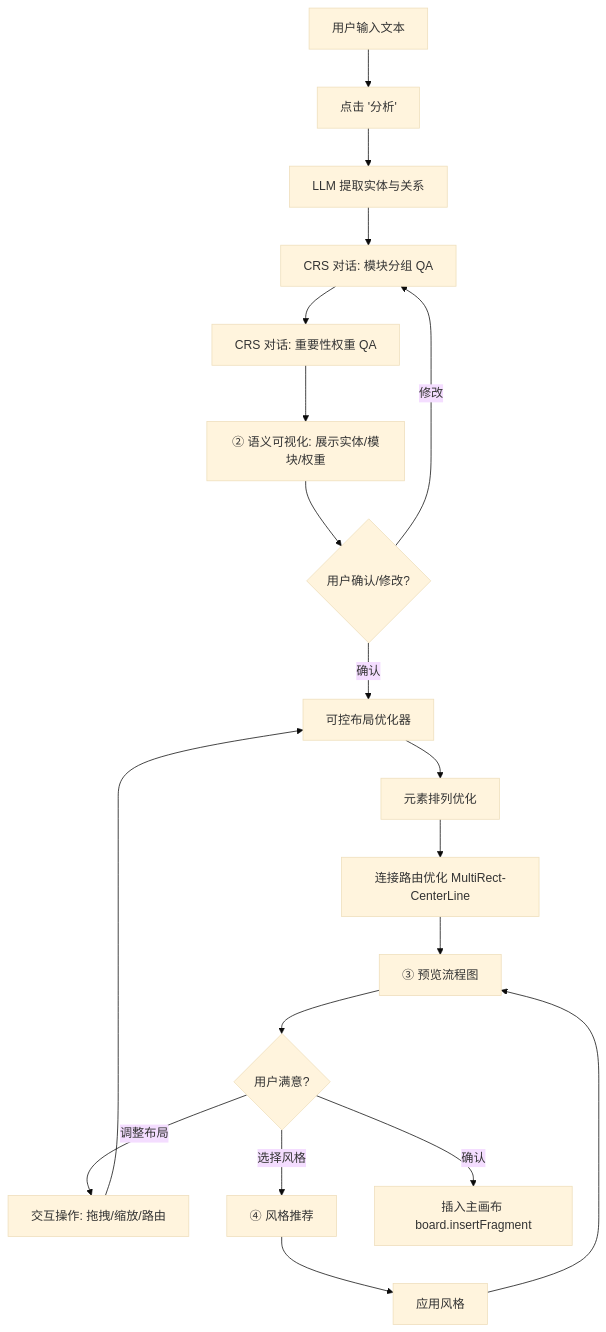
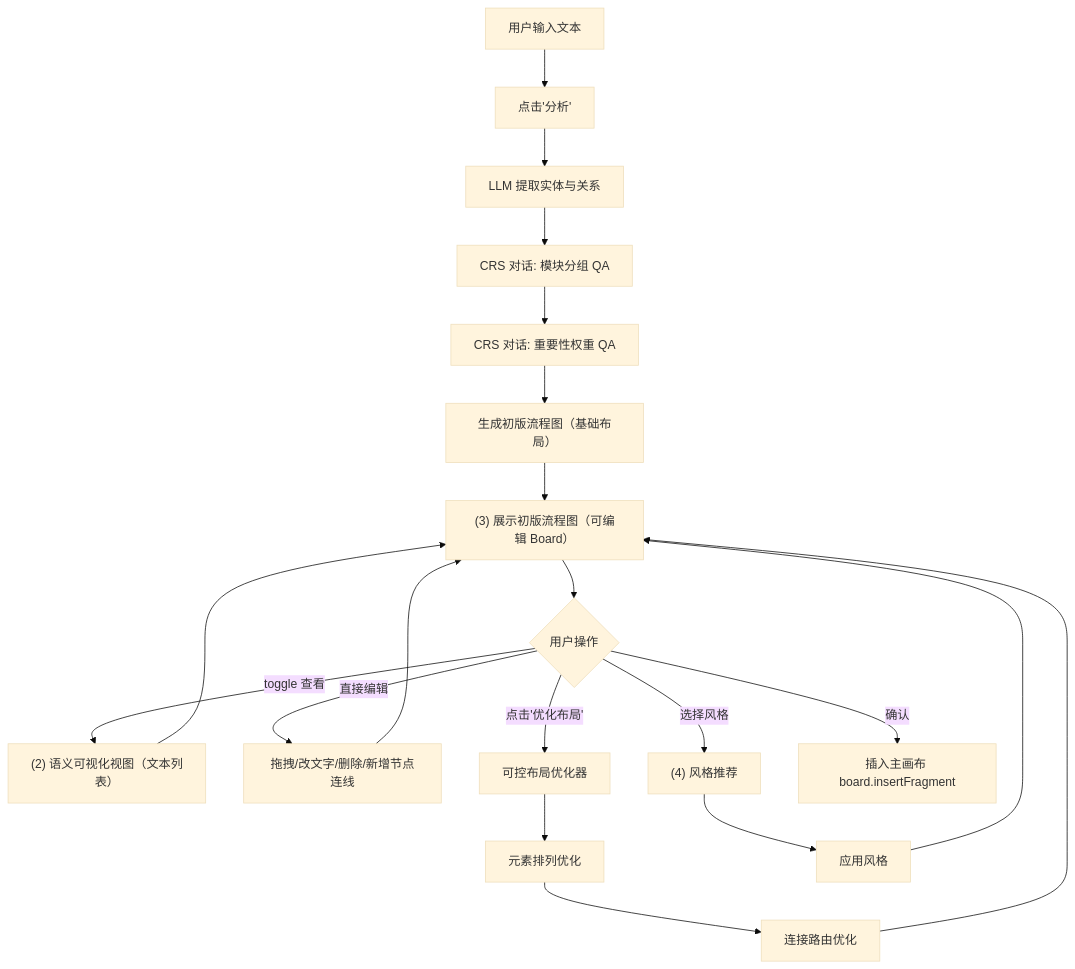
The diagram in docs/paperdraw/PRD.md (xcisq/free-ai-draw), drawn with Mermaid (base theme) before and after one commit. The commit also changed other lines of this file, not shown here.

First line of the commit message:
文档: PRD v2.1 — 确认初版流程图与手动布局优化设计

````diff
--- a/docs/paperdraw/PRD.md
+++ b/docs/paperdraw/PRD.md
@@ -55,21 +66,22 @@
 ```mermaid
 flowchart TB
-    A[用户输入文本] --> B["点击 '分析'"]
+    A[用户输入文本] --> B["点击'分析'"]
     B --> C[LLM 提取实体与关系]
     C --> D[CRS 对话: 模块分组 QA]
     D --> E[CRS 对话: 重要性权重 QA]
-    E --> F["② 语义可视化: 展示实体/模块/权重"]
-    F --> G{用户确认/修改?}
-    G -->|修改| D
-    G -->|确认| H[可控布局优化器]
-    H --> I[元素排列优化]
-    I --> J[连接路由优化 MultiRect-CenterLine]
-    J --> K["③ 预览流程图"]
-    K --> L{用户满意?}
-    L -->|调整布局| M[交互操作: 拖拽/缩放/路由]
-    M --> H
-    L -->|选择风格| N["④ 风格推荐"]
+    E --> F["生成初版流程图（基础布局）"]
+    F --> G["(3) 展示初版流程图（可编辑 Board）"]
+    G --> H{"用户操作"}
+    H -->|"toggle 查看"| I["(2) 语义可视化视图（文本列表）"]
+    I --> G
+    H -->|直接编辑| J[拖拽/改文字/删除/新增节点连线]
+    J --> G
+    H -->|"点击'优化布局'"| K[可控布局优化器]
+    K --> L[元素排列优化]
+    L --> M[连接路由优化]
+    M --> G
+    H -->|选择风格| N["(4) 风格推荐"]
     N --> O[应用风格]
-    O --> K
-    L -->|确认| P["插入主画布 board.insertFragment"]
+    O --> G
+    H -->|确认| P["插入主画布 board.insertFragment"]
 ```
````
